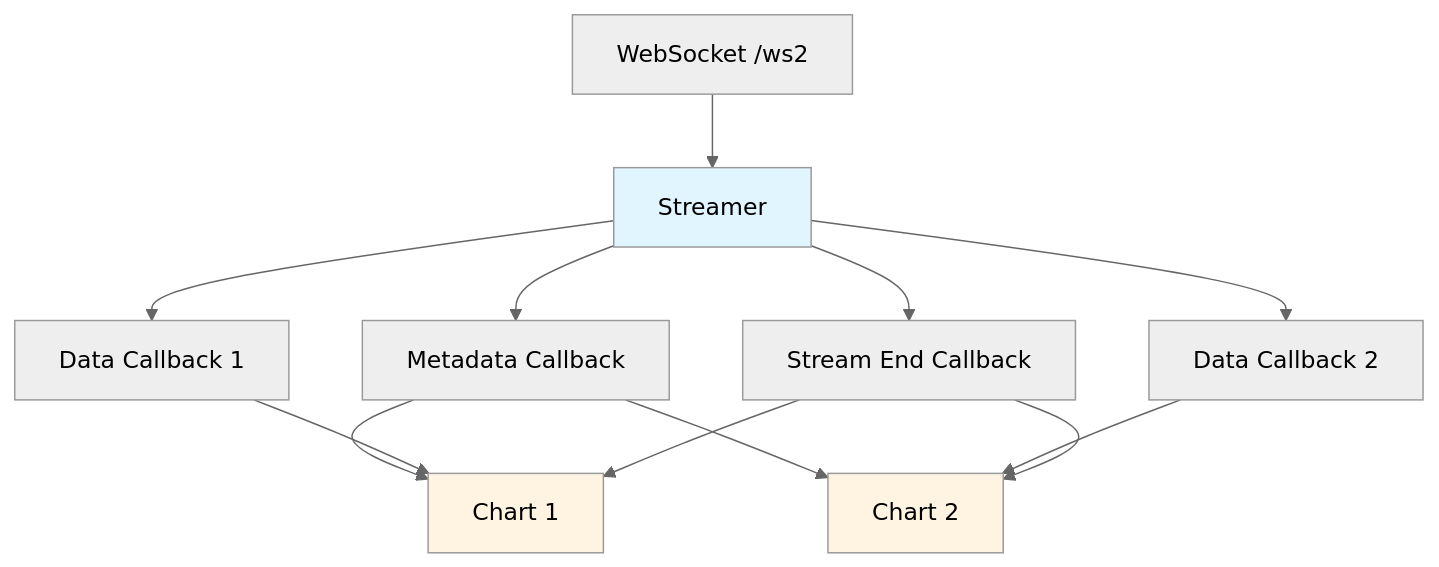
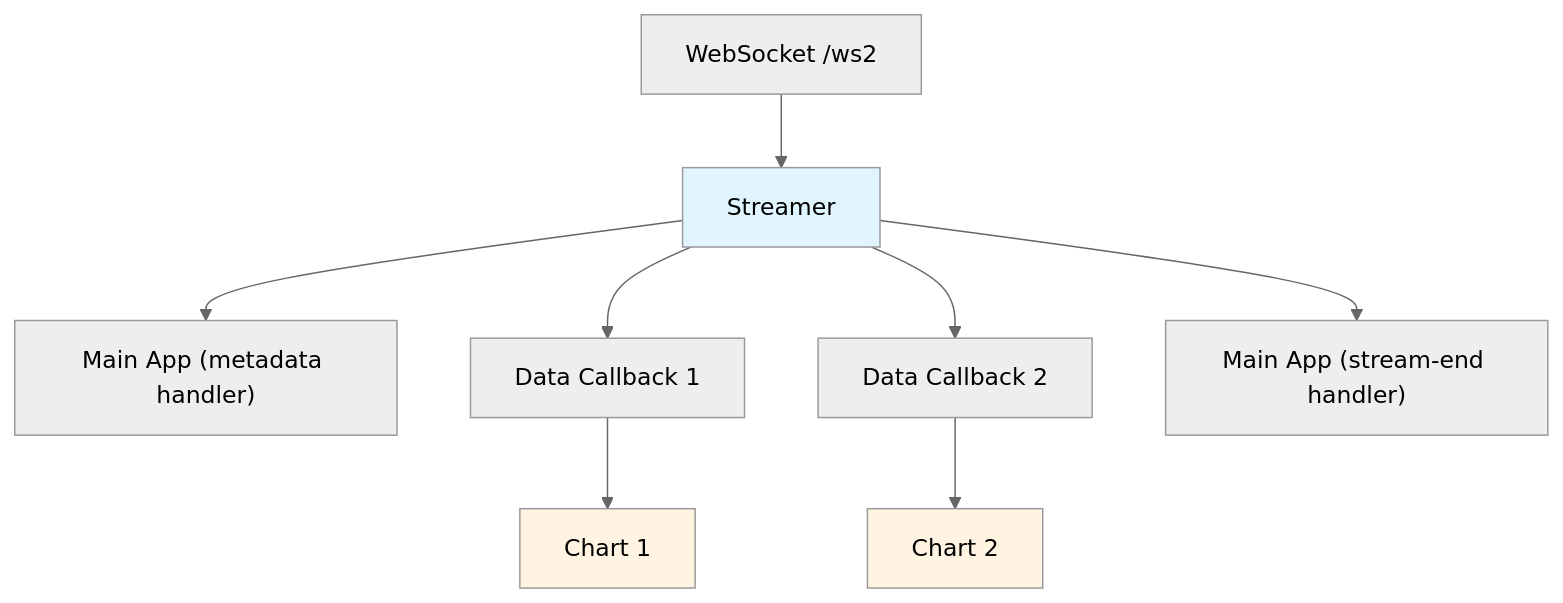
The diagram in docs/development/frontend-architecture.md (cactusdynamics/wesplot), drawn with Mermaid (neutral theme) before and after one commit. The commit also changed other lines of this file and 1 other file, not shown here.

First line of the commit message:
Tweaking of the initial architecture into something acceptable

````diff
--- a/docs/development/frontend-architecture.md
+++ b/docs/development/frontend-architecture.md
@@ -15,20 +15,15 @@
 ```mermaid
 flowchart TD
-    A[WebSocket /ws2] --> B[Streamer]
-    B --> C[Metadata Callback]
-    B --> D[Data Callback 1]
-    B --> E[Data Callback 2]
-    B --> F[Stream End Callback]
+  A[WebSocket /ws2] --> B[Streamer]
+  B --> C["Main App (metadata handler)"]
+  B --> D["Data Callback 1"]
+  B --> E["Data Callback 2"]
+  B --> F["Main App (stream-end handler)"]
 
-    C --> G[Chart 1]
-    D --> G
-    F --> G
+  D --> G[Chart 1]
+  E --> H[Chart 2]
 
-    C --> H[Chart 2]
-    E --> H
-    F --> H
-
-    style B fill:#e1f5ff
-    style G fill:#fff4e1
-    style H fill:#fff4e1
+  style B fill:#e1f5ff
+  style G fill:#fff4e1
+  style H fill:#fff4e1
 ```
````
